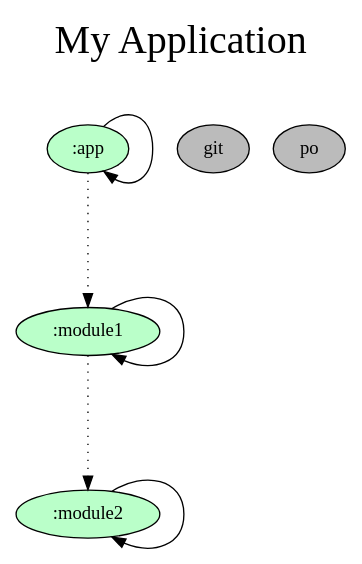
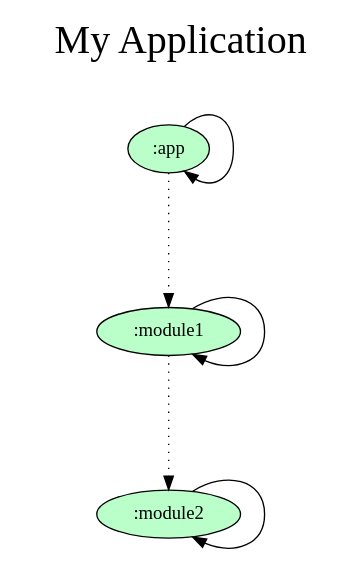
One commit to alexaccandr/test_graph changed the diagram in gradle/dependency-graph/project.dot. Above: the diagram before and after it, drawn with Graphviz.

Commit message:
Update dependency graph

```diff
--- a/gradle/dependency-graph/project.dot
+++ b/gradle/dependency-graph/project.dot
@@ -1,21 +1,21 @@
 digraph {
   graph [label="My Application\n ",labelloc=t,fontsize=30,ranksep=1.4];
   node [style=filled, fillcolor="#bbbbbb"];
   rankdir=TB;
 
   # Projects
 
   ":app" [fillcolor="#baffc9"];
   ":module1" [fillcolor="#baffc9"];
   ":module2" [fillcolor="#baffc9"];
 
   {rank = same;}
 
   # Dependencies
 
   ":app" -> ":app"
   ":app" -> ":module1" [style=dotted]
   ":module1" -> ":module1"
-  ":module1" -> ":module2" [style=dotted]git po
+  ":module1" -> ":module2" [style=dotted]
   ":module2" -> ":module2"
 }
```
